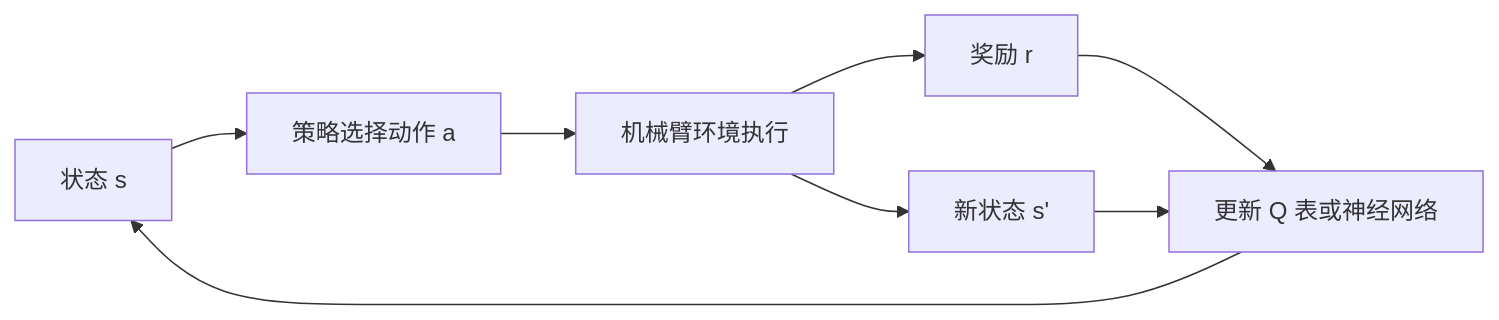
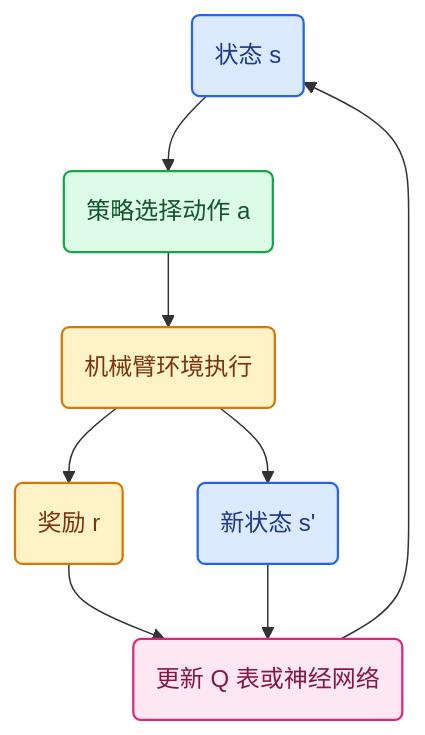
The diagram in docs/posts/robot/机器人强化学习入门：DQN训练两关节机械臂.md (XuelinHu/blogs), drawn with Mermaid before and after one commit. The commit also changed 10 other files, not shown here.

Commit message:
style: improve mermaid flowchart layout and colors

````diff
--- a/docs/posts/robot/机器人强化学习入门：DQN训练两关节机械臂.md
+++ b/docs/posts/robot/机器人强化学习入门：DQN训练两关节机械臂.md
@@ -41,10 +41,14 @@
 ```mermaid
-flowchart LR
-    S[状态 s] --> P[策略选择动作 a]
-    P --> E[机械臂环境执行]
-    E --> R[奖励 r]
-    E --> N[新状态 s']
-    R --> U[更新 Q 表或神经网络]
+flowchart TB
+    classDef state fill:#dbeafe,stroke:#2563eb,color:#1e3a8a,stroke-width:1.5px
+    classDef action fill:#dcfce7,stroke:#16a34a,color:#14532d,stroke-width:1.5px
+    classDef env fill:#fef3c7,stroke:#d97706,color:#78350f,stroke-width:1.5px
+    classDef learn fill:#fce7f3,stroke:#db2777,color:#831843,stroke-width:1.5px
+    S(状态 s):::state --> P(策略选择动作 a):::action
+    P --> E(机械臂环境执行):::env
+    E --> R(奖励 r):::env
+    E --> N(新状态 s'):::state
+    R --> U(更新 Q 表或神经网络):::learn
     N --> U
     U --> S
 ```
````
